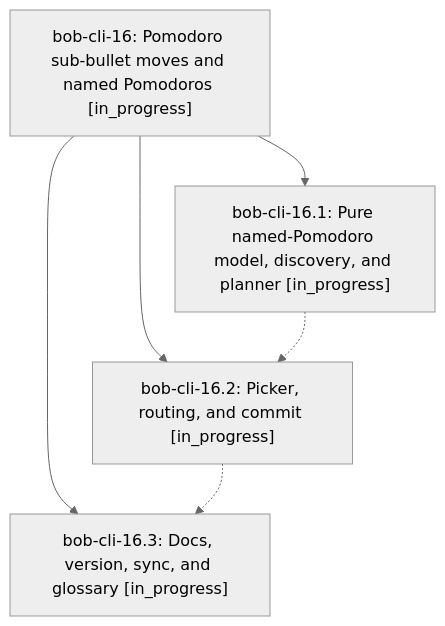
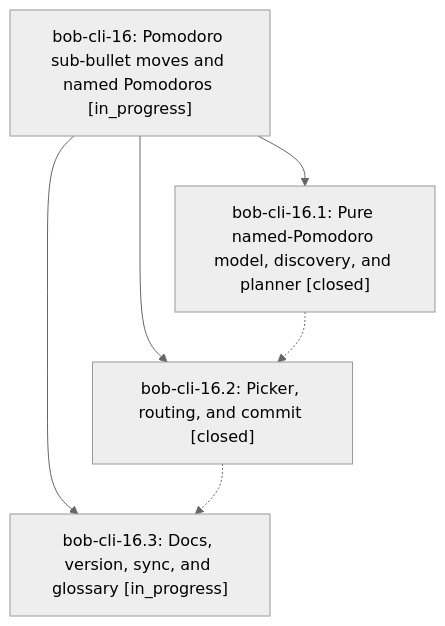
The diagram in pages/bob-cli-16/README.md (bobs-org/bob-cli--beads), drawn with Mermaid (neutral theme) before and after one commit. The commit also changed other lines of this file and 3 other files, not shown here.

First line of the commit message:
chore(beads): sync bead state and pages for bob-cli-16

````diff
--- a/pages/bob-cli-16/README.md
+++ b/pages/bob-cli-16/README.md
@@ -36,12 +36,12 @@
 ```mermaid
 flowchart TD
     n0["bob-cli-16: Pomodoro sub-bullet moves and named Pomodoros [in_progress]"]
-    n1["bob-cli-16.1: Pure named-Pomodoro model, discovery, and planner [in_progress]"]
-    n2["bob-cli-16.2: Picker, routing, and commit [in_progress]"]
+    n1["bob-cli-16.1: Pure named-Pomodoro model, discovery, and planner [closed]"]
+    n2["bob-cli-16.2: Picker, routing, and commit [closed]"]
     n3["bob-cli-16.3: Docs, version, sync, and glossary [in_progress]"]
     n0 --> n1
     n0 --> n2
     n0 --> n3
     n1 -.-> n2
     n2 -.-> n3
 ```
````
